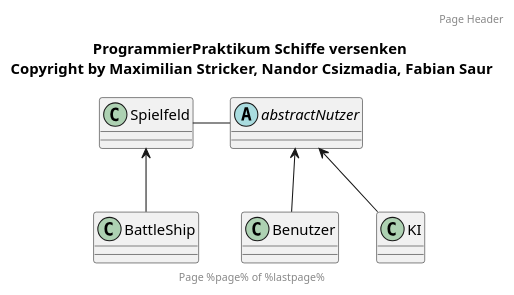
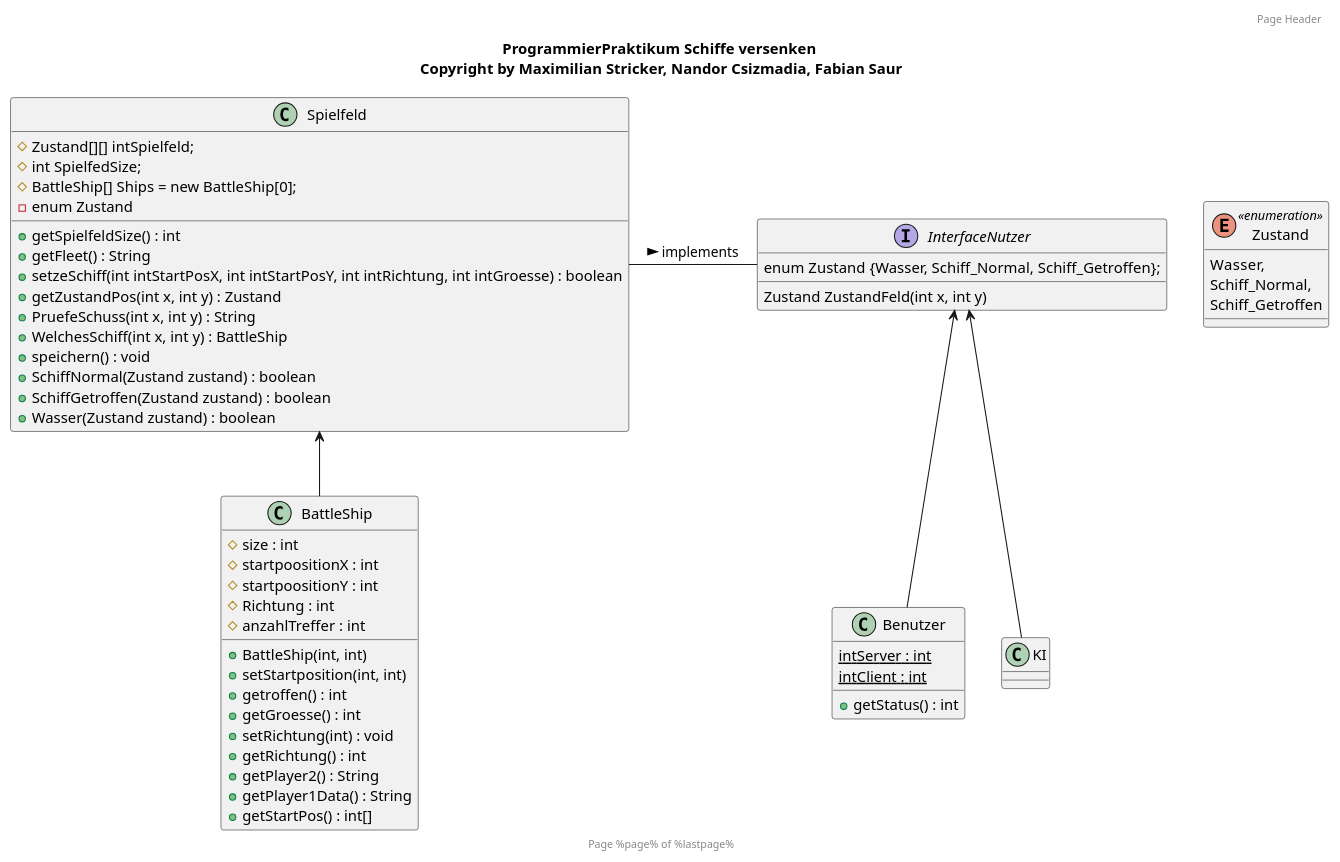
Before and after one commit to Electressic/progprak: the diagram in Klassendiagramm_SchiffeVersenken.wsd, drawn with PlantUML.

Commit message:
Klassendiagramm_SchiffeVersenken.wsd
Attribute und Funktionen an Inhalt an Programm angepasst

```diff
--- a/Klassendiagramm_SchiffeVersenken.wsd
+++ b/Klassendiagramm_SchiffeVersenken.wsd
@@ -1,95 +1,135 @@
 @startuml name "Wichtige Funktionen"
 'alt + D um das UML-Diagramm anzuzeigen
 'STRG + S ==> Speichern
 
 ' abstract
 ' abstract class
 ' circle
 ' interface
 ' diamond für Raute
 ' entity
 
 ' class ClassName <Dies soll eine Notiz adrstellen>
 ' class time <<(D,#FF7700)datatype>>
-' enum Buchungszustand <<enumeration>>
+' enum Buchungszustand 
 ' class time <<(D,#FF7700)>>
 
 ' /AnzahlWartender ist ein abgeleitetes Attribut
 ' --Durchgestrichener Text--
 
 ' +
 ' -
 ' # protected
 ' ~ package privat
 ' {static} für statische Attribute oder Operationen
 ' Methode {abstract} : string
 
 header Page Header
 footer Page %page% of %lastpage%
 title ProgrammierPraktikum Schiffe versenken \nCopyright by Maximilian Stricker, Nandor Csizmadia, Fabian Saur
 
 class Spielfeld
 {
+    # Zustand[][] intSpielfeld;
+	# int SpielfedSize;
+	# BattleShip[] Ships = new BattleShip[0];
+    - enum Zustand
 
+	+ getSpielfeldSize() : int
+	+ getFleet() : String
+	+ setzeSchiff(int intStartPosX, int intStartPosY, int intRichtung, int intGroesse) : boolean
+	+ getZustandPos(int x, int y) : Zustand
+	+ PruefeSchuss(int x, int y) : String
+	+ WelchesSchiff(int x, int y) : BattleShip
+	+ speichern() : void
+    + SchiffNormal(Zustand zustand) : boolean
+    + SchiffGetroffen(Zustand zustand) : boolean
+    + Wasser(Zustand zustand) : boolean
 }
 
 class BattleShip
 {
+    # size : int
+	# startpoositionX : int
+	# startpoositionY : int
+	# Richtung : int
+	# anzahlTreffer : int
+	
+	+ BattleShip(int, int)
+	+ setStartposition(int, int)
+	+ getroffen() : int
+	+ getGroesse() : int
+	+ setRichtung(int) : void
+	+ getRichtung() : int
+	+ getPlayer2() : String
+	+ getPlayer1Data() : String
+	+ getStartPos() : int[]
+}
 
+
+Interface InterfaceNutzer
+{
+	enum Zustand {Wasser, Schiff_Normal, Schiff_Getroffen};
+	Zustand ZustandFeld(int x, int y)
 }
 
 class Benutzer
 {
-
-}
-
-abstract abstractNutzer
-{
-
+	{static} intServer : int
+	{static} intClient : int
+	
+	+ getStatus() : int
 }
 
 class KI 
 {
 
 }
 
-abstractNutzer <-down- Benutzer
-abstractNutzer <-down- KI
+enum Zustand <<enumeration>>
+{
+    Wasser, 
+    Schiff_Normal, 
+    Schiff_Getroffen
+}
+
+InterfaceNutzer <-down- Benutzer
+InterfaceNutzer <-down- KI
 
 'InterfaceSpielfeld -right- BattleShip
 'BattleShip -right- InterfaceNutzer
-Spielfeld -right- abstractNutzer
+Spielfeld -right- InterfaceNutzer : implements >
 
 
 BattleShip -up-> Spielfeld
 
 
 
 ' package PackageName {
     'Was gehört dazu?
 '}
 
 
 ' ggf.  left right up down einfügen
 ' --|> Extension
 ' --* Composition
 ' --o Aggregation
 
 ' -->
 ' ..>
 ' ..|>
 ' *-->
 ' #--
 ' x--
 ' }--
 ' +--
 ' ^--
 
 
 ' Beziehung1 "Mulitiplizität"    --  "Mulitiplizität" Beziehung1 : BeschreibungPfeil < | >
 ' WarteListe "0..*" o-- "0..*\n{ordered}\n+Wartender" Kunde 
 
 ' <> diamond
 ' Klasse1 -- diamond
 
 @enduml
```
